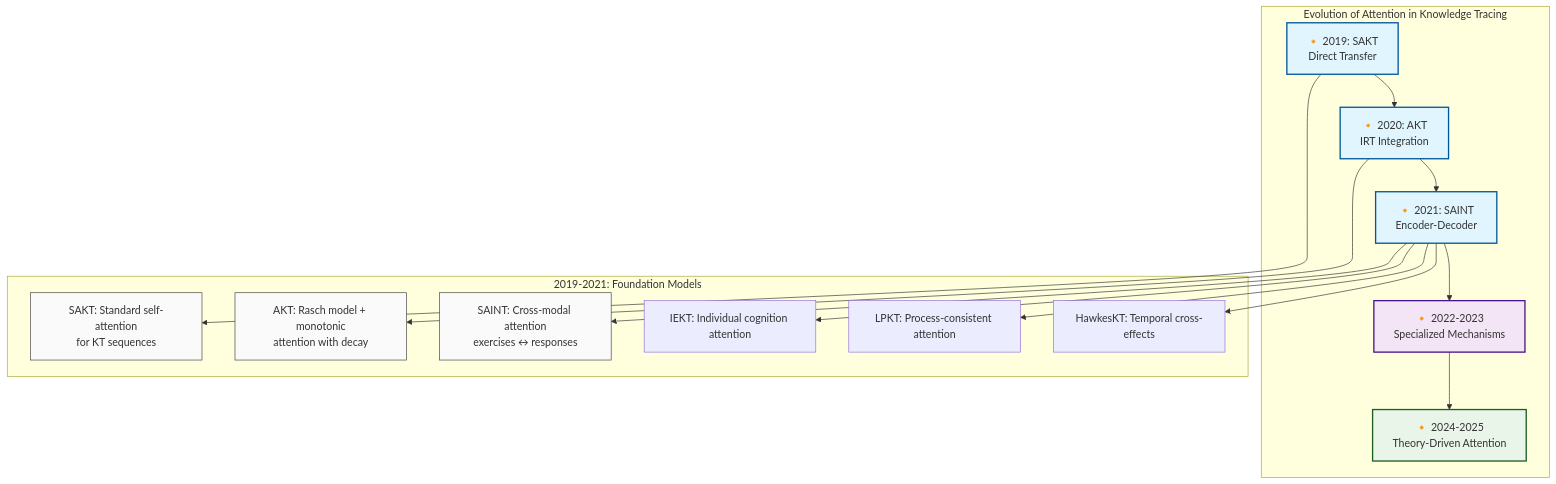
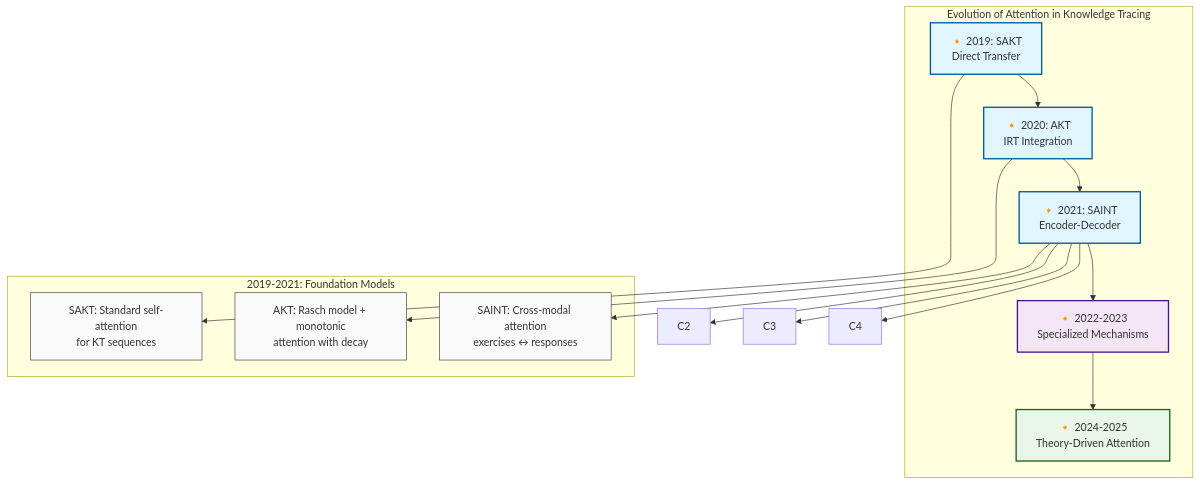
One commit to clabra/pykt-toolkit changed the first of 8 diagrams in assistant/taxonomy.md. Above: the diagram before and after it, drawn with Mermaid. The commit also changed other lines of this file and 5 other files, not shown here.

````diff
--- a/assistant/taxonomy.md
+++ b/assistant/taxonomy.md
@@ -109,39 +391,36 @@
 ```mermaid
 graph TB
     subgraph "Evolution of Attention in Knowledge Tracing"
         A["🔸 2019: SAKT<br/>Direct Transfer"]
         B["🔸 2020: AKT<br/>IRT Integration"] 
         C["🔸 2021: SAINT<br/>Encoder-Decoder"]
         D["🔸 2022-2023<br/>Specialized Mechanisms"]
         E["🔸 2024-2025<br/>Theory-Driven Attention"]
     end
     
     A --> B --> C --> D --> E
     
     subgraph "2019-2021: Foundation Models"
         A1["SAKT: Standard self-attention<br/>for KT sequences"]
         B1["AKT: Rasch model + monotonic<br/>attention with decay"]
         C1["SAINT: Cross-modal attention<br/>exercises ↔ responses"]
-        C2["IEKT: Individual cognition attention"]
-        C3["LPKT: Process-consistent attention"]
-        C4["HawkesKT: Temporal cross-effects"]
     end
     
     A --> A1
     B --> B1  
     C --> C1
     C --> C2
     C --> C3
     C --> C4
     
     classDef foundation fill:#e1f5fe,stroke:#01579b,stroke-width:2px
     classDef specialized fill:#f3e5f5,stroke:#4a148c,stroke-width:2px
     classDef theoretical fill:#e8f5e8,stroke:#1b5e20,stroke-width:2px
     classDef category fill:#fff3e0,stroke:#e65100,stroke-width:2px
     classDef model fill:#fafafa,stroke:#424242,stroke-width:1px
     
     class A,B,C foundation;
     class D specialized;
     class E theoretical;
     class A1,B1,C1 model
 ```
````
